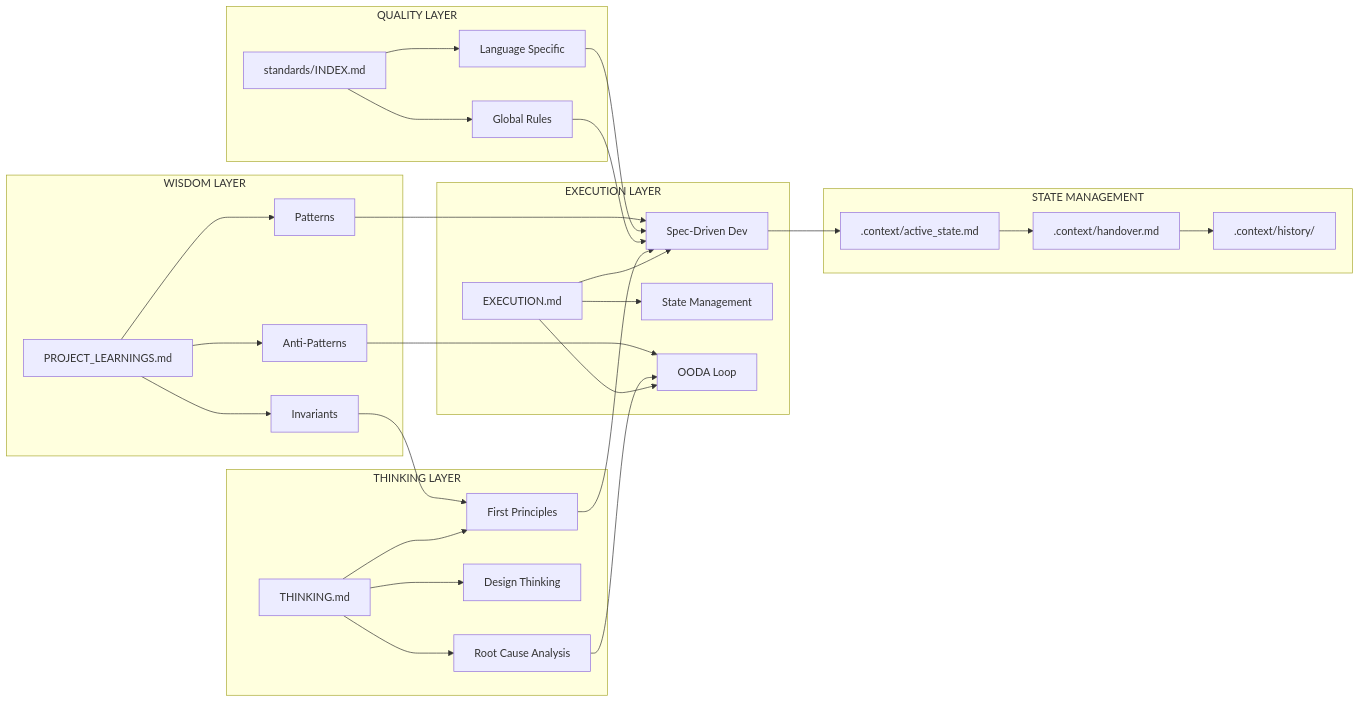
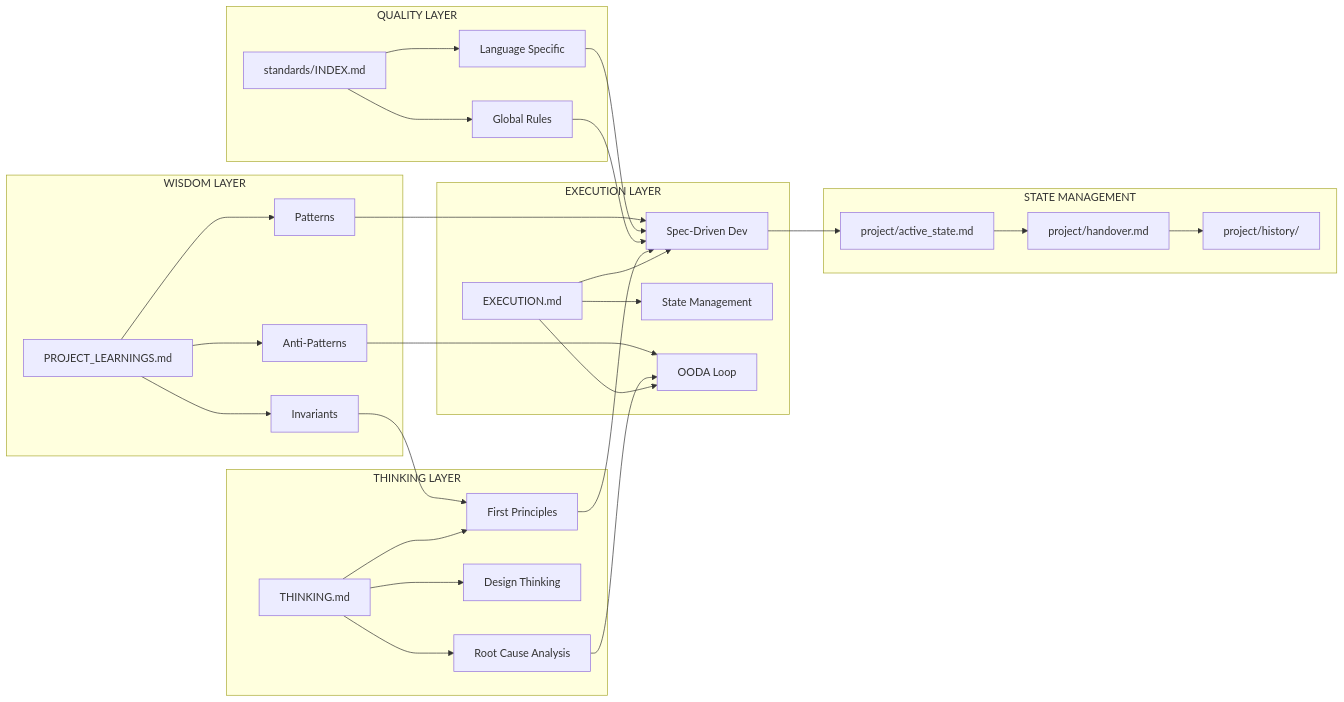
Before and after one commit to Skeptomenos/Keystone: the third of 5 diagrams in README.md, drawn with Mermaid. The commit also changed other lines of this file and 1 other file, not shown here.

````diff
--- a/README.md
+++ b/README.md
@@ -147,43 +123,43 @@
 ```mermaid
 graph LR
     subgraph "THINKING LAYER"
         A[THINKING.md] --> B[First Principles]
         A --> C[Design Thinking]
         A --> D[Root Cause Analysis]
     end
     
     subgraph "EXECUTION LAYER"
         E[EXECUTION.md] --> F[Spec-Driven Dev]
         E --> G[State Management]
         E --> H[OODA Loop]
     end
     
     subgraph "QUALITY LAYER"
         I[standards/INDEX.md] --> J[Global Rules]
         I --> K[Language Specific]
     end
     
     subgraph "WISDOM LAYER"
         L[PROJECT_LEARNINGS.md] --> M[Invariants]
         L --> N[Patterns]
         L --> O[Anti-Patterns]
     end
     
     subgraph "STATE MANAGEMENT"
-        P[.context/active_state.md]
-        Q[.context/handover.md]
-        R[.context/history/]
+        P[project/active_state.md]
+        Q[project/handover.md]
+        R[project/history/]
     end
     
     B --> F
     D --> H
     J --> F
     K --> F
     M --> B
     N --> F
     O --> H
     
     F --> P
     P --> Q
     Q --> R
 ```
````
